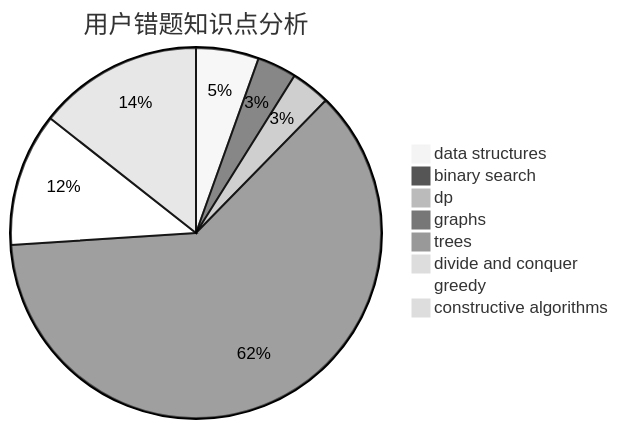
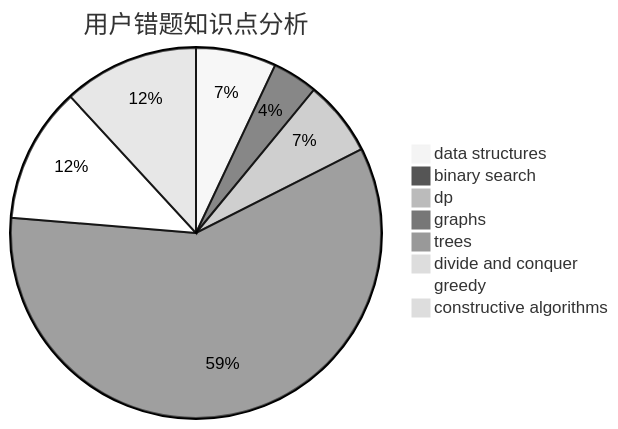
One commit to sherpahu/cfrs.github.io changed the third of 3 diagrams in docs/user/u637.md. Above: the diagram before and after it, drawn with Mermaid (neutral theme). The commit also changed other lines of this file and 2770 other files, not shown here.

````diff
--- a/docs/user/u637.md
+++ b/docs/user/u637.md
@@ -36,11 +36,11 @@
 ```mermaid
 pie title 用户错题知识点分析
-    "data structures" :  8
-    "binary search" :  5
-    "dp" :  5
-    "graphs" :  90
+    "data structures" :  16
+    "binary search" :  9
+    "dp" :  15
+    "graphs" :  134
     "trees" :  0
     "divide and conquer" :  0
-    "greedy" :  17
-    "constructive algorithms" :  21
+    "greedy" :  27
+    "constructive algorithms" :  27
 ```
````
